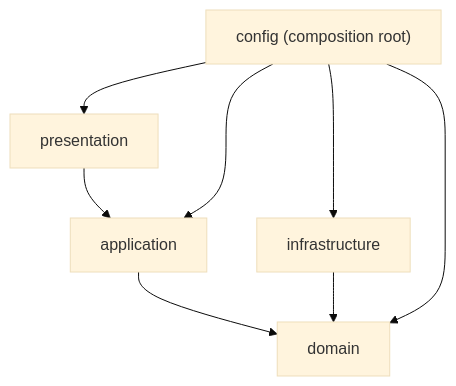
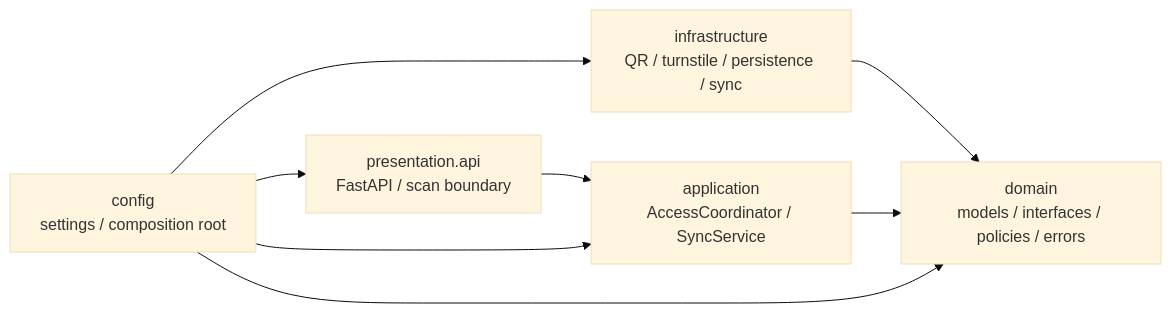
Before and after one commit to theDoub/SA-tmc-attendance-access-control: the diagram in docs/architecture/module-view.md, drawn with Mermaid (base theme). The commit also changed other lines of this file and 3 other files, not shown here.

Commit message:
docs: complete architecture view documents

````diff
--- a/docs/architecture/module-view.md
+++ b/docs/architecture/module-view.md
@@ -26,10 +45,10 @@
 ```mermaid
-flowchart TD
-    presentation["presentation"] --> application
-    application --> domain
-    infrastructure --> domain
-    config["config (composition root)"] --> presentation
-    config --> application
-    config --> infrastructure
-    config --> domain
+flowchart LR
+    P["presentation.api<br/>FastAPI / scan boundary"] --> A["application<br/>AccessCoordinator / SyncService"]
+    I["infrastructure<br/>QR / turnstile / persistence / sync"] --> D["domain<br/>models / interfaces / policies / errors"]
+    A --> D
+    C["config<br/>settings / composition root"] --> P
+    C --> A
+    C --> I
+    C --> D
 ```
````
